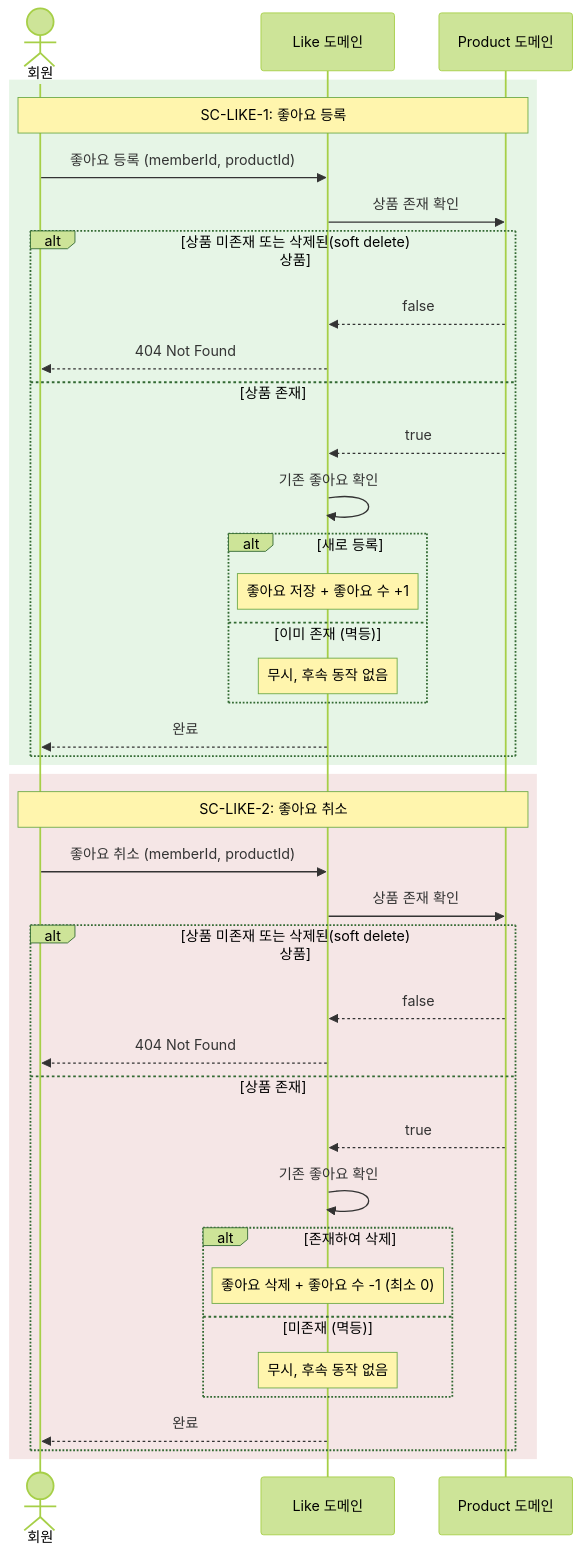
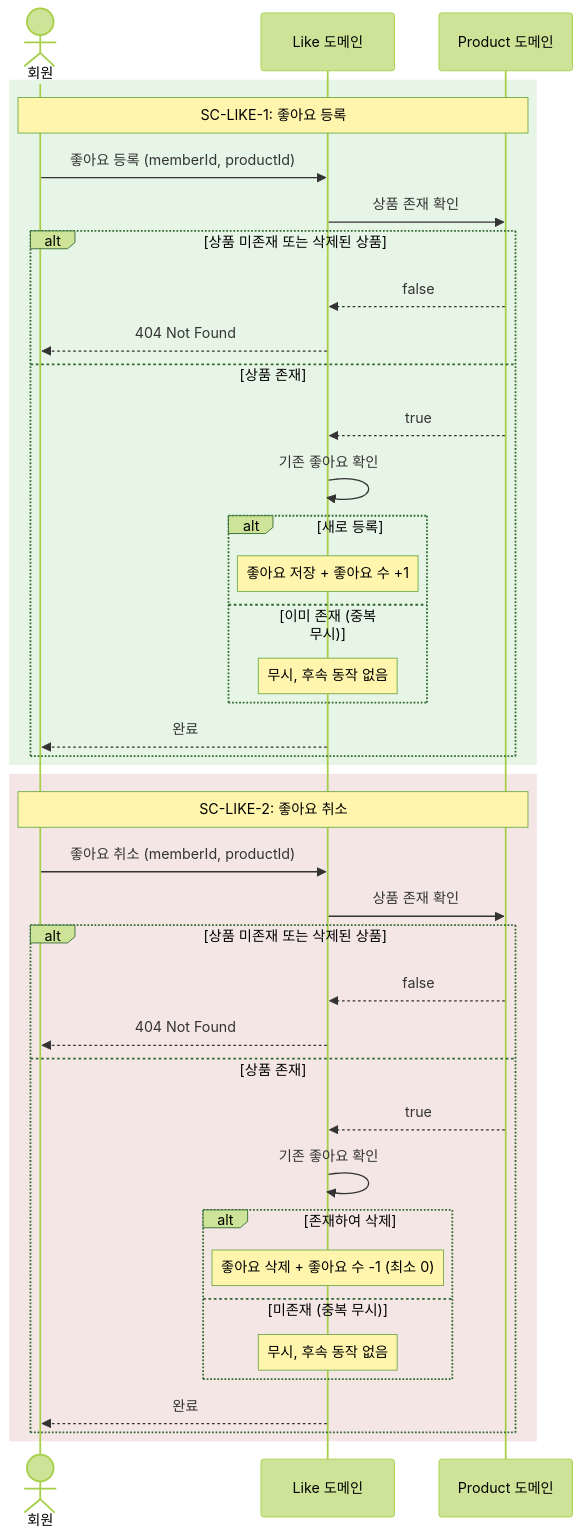
The fifth of 38 diagrams in docs/02-sequence-diagrams.md (loopers-labs/loop-pack-be-l2-vol4-kotlin), drawn with Mermaid (forest theme) before and after one commit. The commit also changed other lines of this file and 2 other files, not shown here.

````diff
--- a/docs/02-sequence-diagrams.md
+++ b/docs/02-sequence-diagrams.md
@@ -117,44 +119,44 @@
 ```mermaid
 sequenceDiagram
     actor Member as 회원
     participant Like as Like 도메인
     participant Product as Product 도메인
 
     rect rgb(230, 245, 230)
         Note over Member,Product: SC-LIKE-1: 좋아요 등록
         Member->>Like: 좋아요 등록 (memberId, productId)
         Like->>Product: 상품 존재 확인
-        alt 상품 미존재 또는 삭제된(soft delete) 상품
+        alt 상품 미존재 또는 삭제된 상품
             Product-->>Like: false
             Like-->>Member: 404 Not Found
         else 상품 존재
             Product-->>Like: true
             Like->>Like: 기존 좋아요 확인
             alt 새로 등록
                 Note over Like: 좋아요 저장 + 좋아요 수 +1
-            else 이미 존재 (멱등)
+            else 이미 존재 (중복 무시)
                 Note over Like: 무시, 후속 동작 없음
             end
             Like-->>Member: 완료
         end
     end
 
     rect rgb(245, 230, 230)
         Note over Member,Product: SC-LIKE-2: 좋아요 취소
         Member->>Like: 좋아요 취소 (memberId, productId)
         Like->>Product: 상품 존재 확인
-        alt 상품 미존재 또는 삭제된(soft delete) 상품
+        alt 상품 미존재 또는 삭제된 상품
             Product-->>Like: false
             Like-->>Member: 404 Not Found
         else 상품 존재
             Product-->>Like: true
             Like->>Like: 기존 좋아요 확인
             alt 존재하여 삭제
                 Note over Like: 좋아요 삭제 + 좋아요 수 -1 (최소 0)
-            else 미존재 (멱등)
+            else 미존재 (중복 무시)
                 Note over Like: 무시, 후속 동작 없음
             end
             Like-->>Member: 완료
         end
     end
 ```
````
